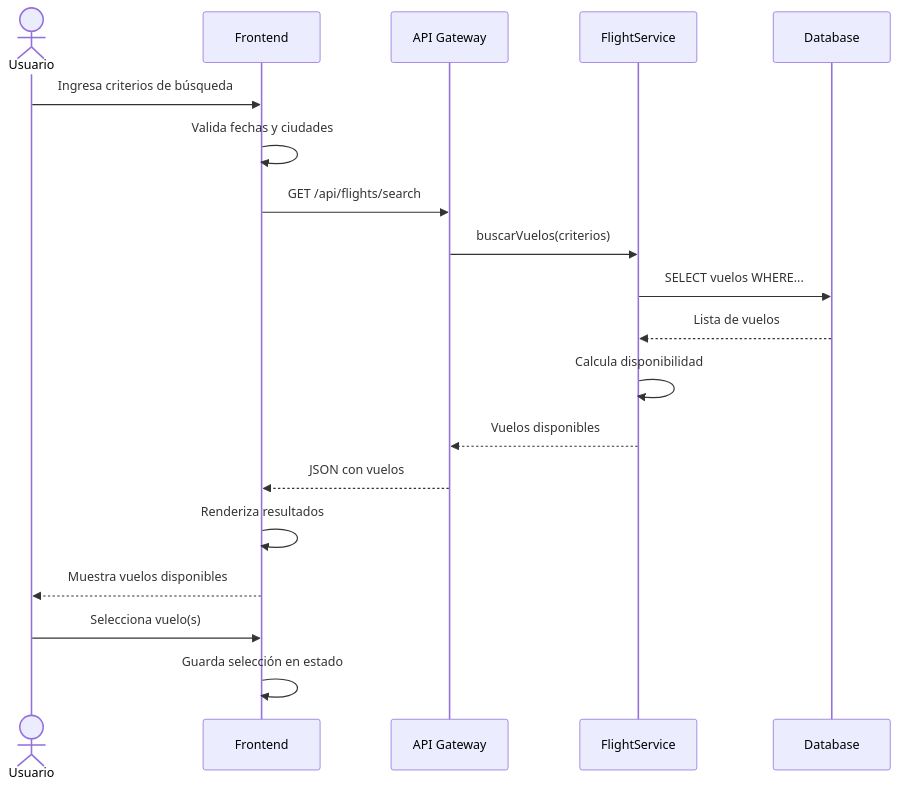
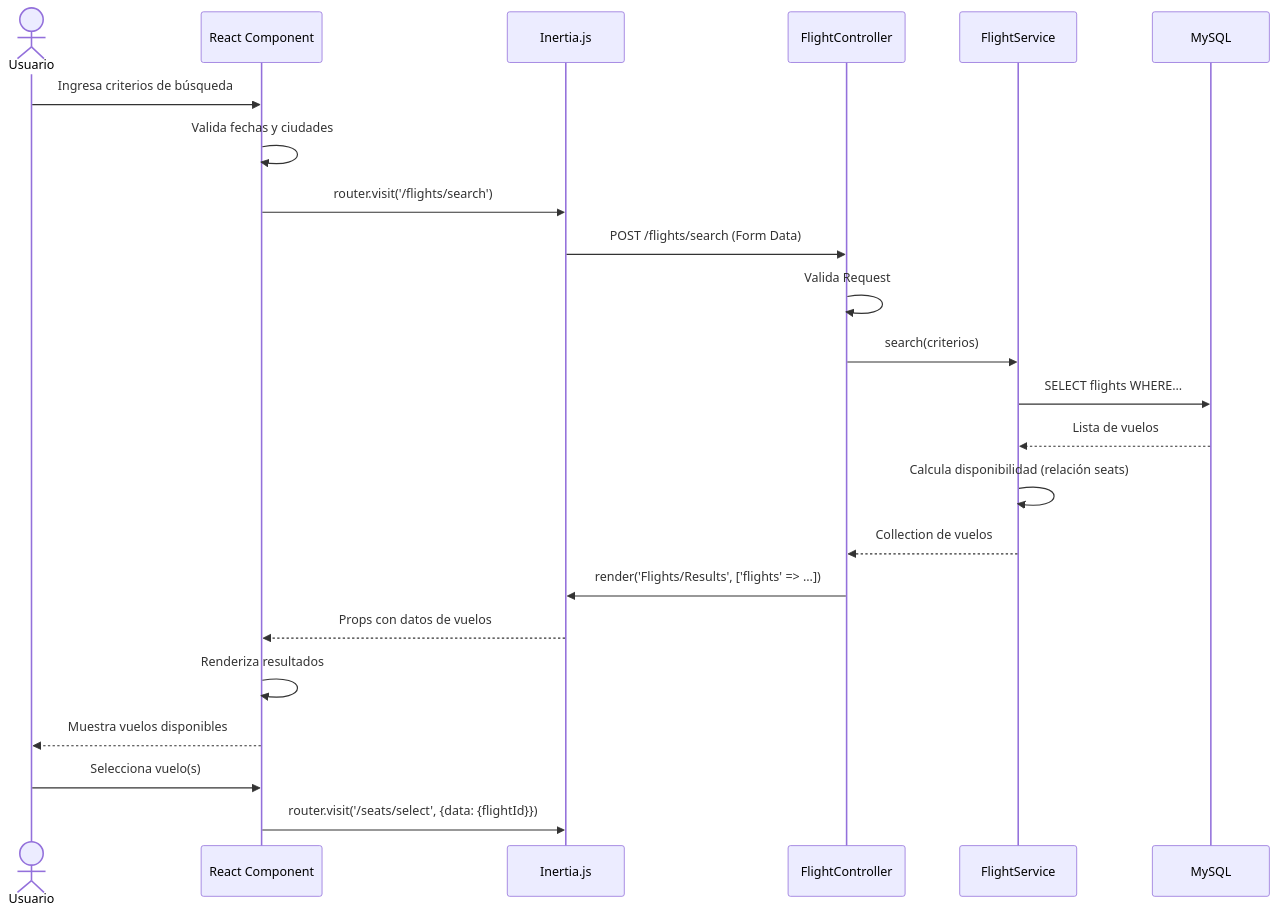
The second of 5 diagrams in doc/arquitectura_diagrama.md (cristoferscalante/sena_soft_2025), drawn with Mermaid before and after one commit. The commit also changed other lines of this file, not shown here.

Commit message:
diseño base de datos

````diff
--- a/doc/arquitectura_diagrama.md
+++ b/doc/arquitectura_diagrama.md
@@ -174,22 +330,26 @@
 ```mermaid
 sequenceDiagram
     actor User as Usuario
-    participant UI as Frontend
-    participant API as API Gateway
+    participant React as React Component
+    participant Inertia as Inertia.js
+    participant Laravel as FlightController
     participant FS as FlightService
-    participant DB as Database
+    participant DB as MySQL
     
-    User->>UI: Ingresa criterios de búsqueda
-    UI->>UI: Valida fechas y ciudades
-    UI->>API: GET /api/flights/search
-    API->>FS: buscarVuelos(criterios)
-    FS->>DB: SELECT vuelos WHERE...
+    User->>React: Ingresa criterios de búsqueda
+    React->>React: Valida fechas y ciudades
+    React->>Inertia: router.visit('/flights/search')
+    Inertia->>Laravel: POST /flights/search (Form Data)
+    Laravel->>Laravel: Valida Request
+    Laravel->>FS: search(criterios)
+    FS->>DB: SELECT flights WHERE...
     DB-->>FS: Lista de vuelos
-    FS->>FS: Calcula disponibilidad
-    FS-->>API: Vuelos disponibles
-    API-->>UI: JSON con vuelos
-    UI->>UI: Renderiza resultados
-    UI-->>User: Muestra vuelos disponibles
-    User->>UI: Selecciona vuelo(s)
-    UI->>UI: Guarda selección en estado
+    FS->>FS: Calcula disponibilidad (relación seats)
+    FS-->>Laravel: Collection de vuelos
+    Laravel->>Inertia: render('Flights/Results', ['flights' => ...])
+    Inertia-->>React: Props con datos de vuelos
+    React->>React: Renderiza resultados
+    React-->>User: Muestra vuelos disponibles
+    User->>React: Selecciona vuelo(s)
+    React->>Inertia: router.visit('/seats/select', {data: {flightId}})
 ```
````
